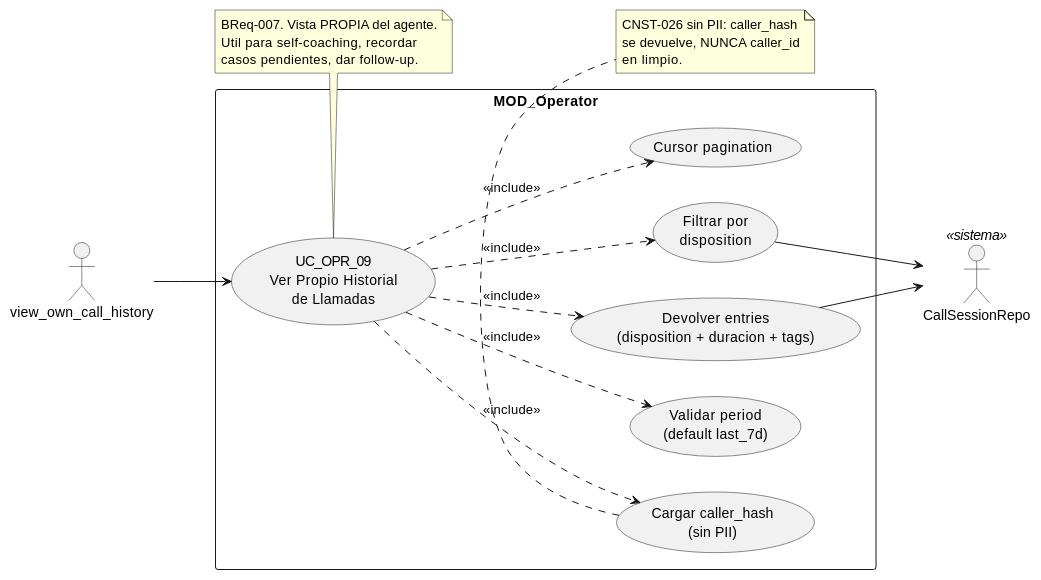
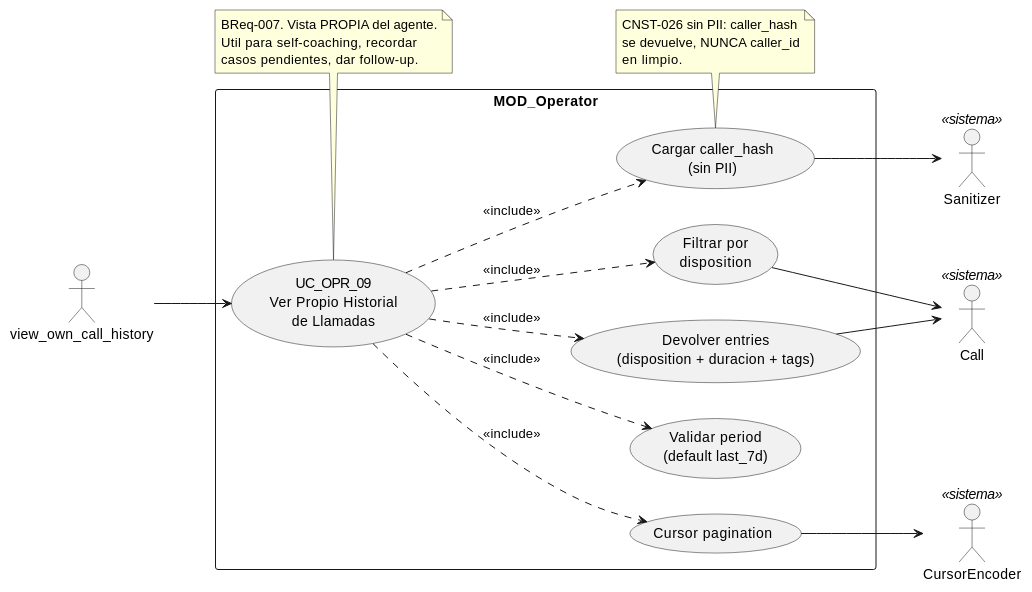
The diagram in source/requisitos/casos-uso/operator/uc-opr-09/diagramas-uml/diagrama-de-caso-de-uso.rst (jcg-admin/IACT-docs), drawn with PlantUML before and after one commit. The commit also changed other lines of this file and 52 other files, not shown here.

```diff
--- a/source/requisitos/casos-uso/operator/uc-opr-09/diagramas-uml/diagrama-de-caso-de-uso.rst
+++ b/source/requisitos/casos-uso/operator/uc-opr-09/diagramas-uml/diagrama-de-caso-de-uso.rst
@@ -4,42 +4,46 @@
 .. uml::
  :caption: UC_OPR_09 — actores y casos asociados
 
  @startuml
 
  left to right direction
 
  actor "view_own_call_history" as INVOKER
- actor "CallSessionRepo" as REPO <<sistema>>
+ actor "Call" as CALL <<sistema>>
+ actor "Sanitizer" as SAN <<sistema>>
+ actor "CursorEncoder" as CE <<sistema>>
 
  rectangle "MOD_Operator" {
    usecase "UC_OPR_09\nVer Propio Historial\nde Llamadas" as UC_OPR_09
    usecase "Validar period\n(default last_7d)" as VALIDAR_PERIOD
    usecase "Filtrar por\ndisposition" as FILTRAR
    usecase "Cargar caller_hash\n(sin PII)" as HASH
    usecase "Devolver entries\n(disposition + duracion + tags)" as DEVOLVER
    usecase "Cursor pagination" as PAGINACION
  }
 
  INVOKER --> UC_OPR_09
  UC_OPR_09 ..> VALIDAR_PERIOD : <<include>>
  UC_OPR_09 ..> FILTRAR : <<include>>
  UC_OPR_09 ..> HASH : <<include>>
  UC_OPR_09 ..> DEVOLVER : <<include>>
  UC_OPR_09 ..> PAGINACION : <<include>>
 
- FILTRAR --> REPO
- DEVOLVER --> REPO
+ FILTRAR --> CALL
+ DEVOLVER --> CALL
+ HASH --> SAN
+ PAGINACION --> CE
 
  note bottom of UC_OPR_09
    BReq-007. Vista PROPIA del agente.
    Util para self-coaching, recordar
    casos pendientes, dar follow-up.
  end note
 
  note bottom of HASH
    CNST-026 sin PII: caller_hash
    se devuelve, NUNCA caller_id
    en limpio.
  end note
 
  @enduml
```
